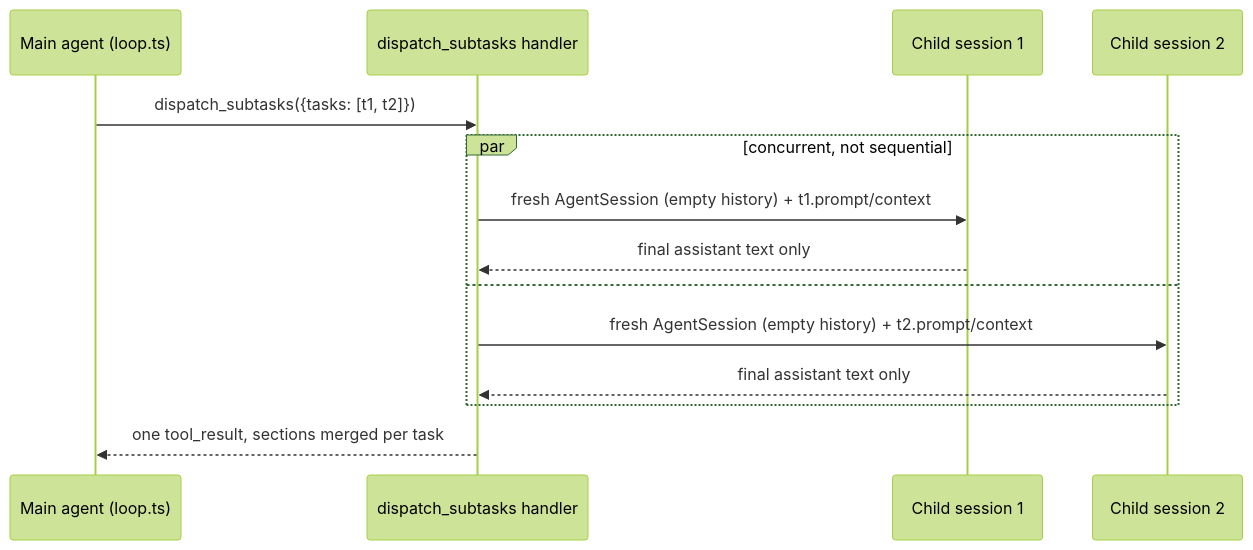
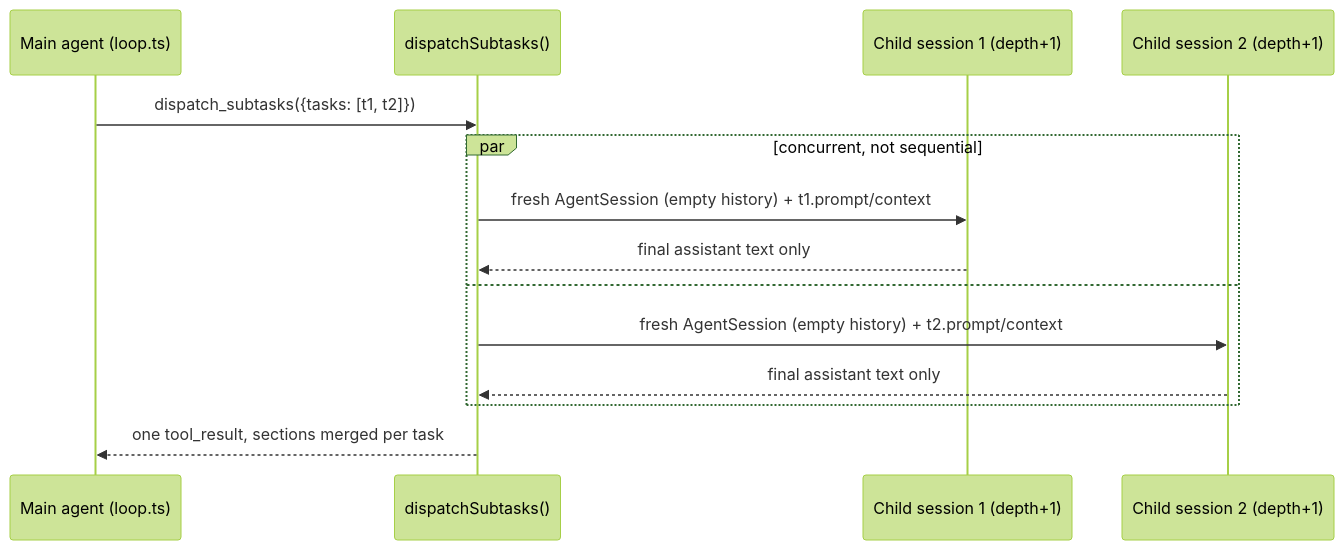
The third of 3 diagrams in docs/architecture.md (BeastxD7/LakshX-IDE), drawn with Mermaid (forest theme) before and after one commit. The commit also changed other lines of this file, not shown here.

````diff
--- a/docs/architecture.md
+++ b/docs/architecture.md
@@ -518,17 +922,17 @@
 ```mermaid
 sequenceDiagram
     participant M as Main agent (loop.ts)
-    participant D as dispatch_subtasks handler
-    participant C1 as Child session 1
-    participant C2 as Child session 2
+    participant D as dispatchSubtasks()
+    participant C1 as Child session 1 (depth+1)
+    participant C2 as Child session 2 (depth+1)
 
     M->>D: dispatch_subtasks({tasks: [t1, t2]})
     par concurrent, not sequential
         D->>C1: fresh AgentSession (empty history) + t1.prompt/context
         C1-->>D: final assistant text only
     and
         D->>C2: fresh AgentSession (empty history) + t2.prompt/context
         C2-->>D: final assistant text only
     end
     D-->>M: one tool_result, sections merged per task
 ```
````
